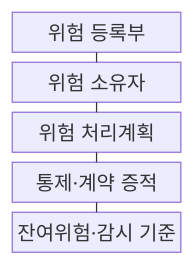
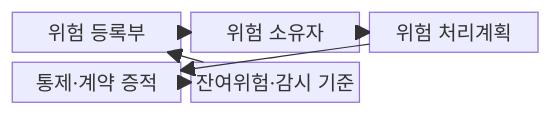
Before and after one commit to agnusdei1207/knowledge-base: the first of 2 diagrams in src/content/docs/notes/05-security/109_risk_treatment.md, drawn with Mermaid. The commit also changed other lines of this file and 20 other files, not shown here.

````diff
--- a/src/content/docs/notes/05-security/109_risk_treatment.md
+++ b/src/content/docs/notes/05-security/109_risk_treatment.md
@@ -51,13 +51,14 @@
 ```mermaid
-block-beta
-  columns 1
+block
+  columns 3
   R["위험 등록부"]
   O["위험 소유자"]
   P["위험 처리계획"]
   E["통제·계약 증적"]
   M["잔여위험·감시 기준"]
-  R --- O
-  O --- P
-  P --- E
-  E --- M
+  R --> O
+  O --> P
+  P --> E
+  E --> M
+  M --> R
 ```
````
